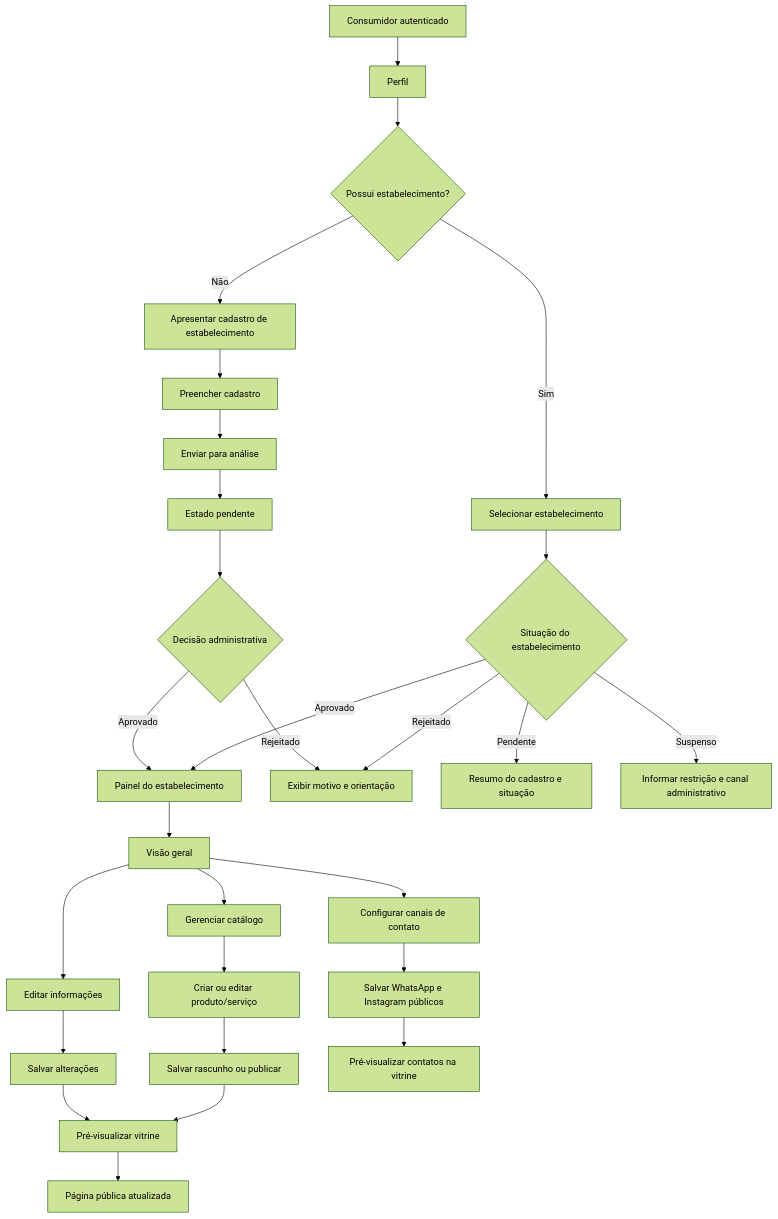
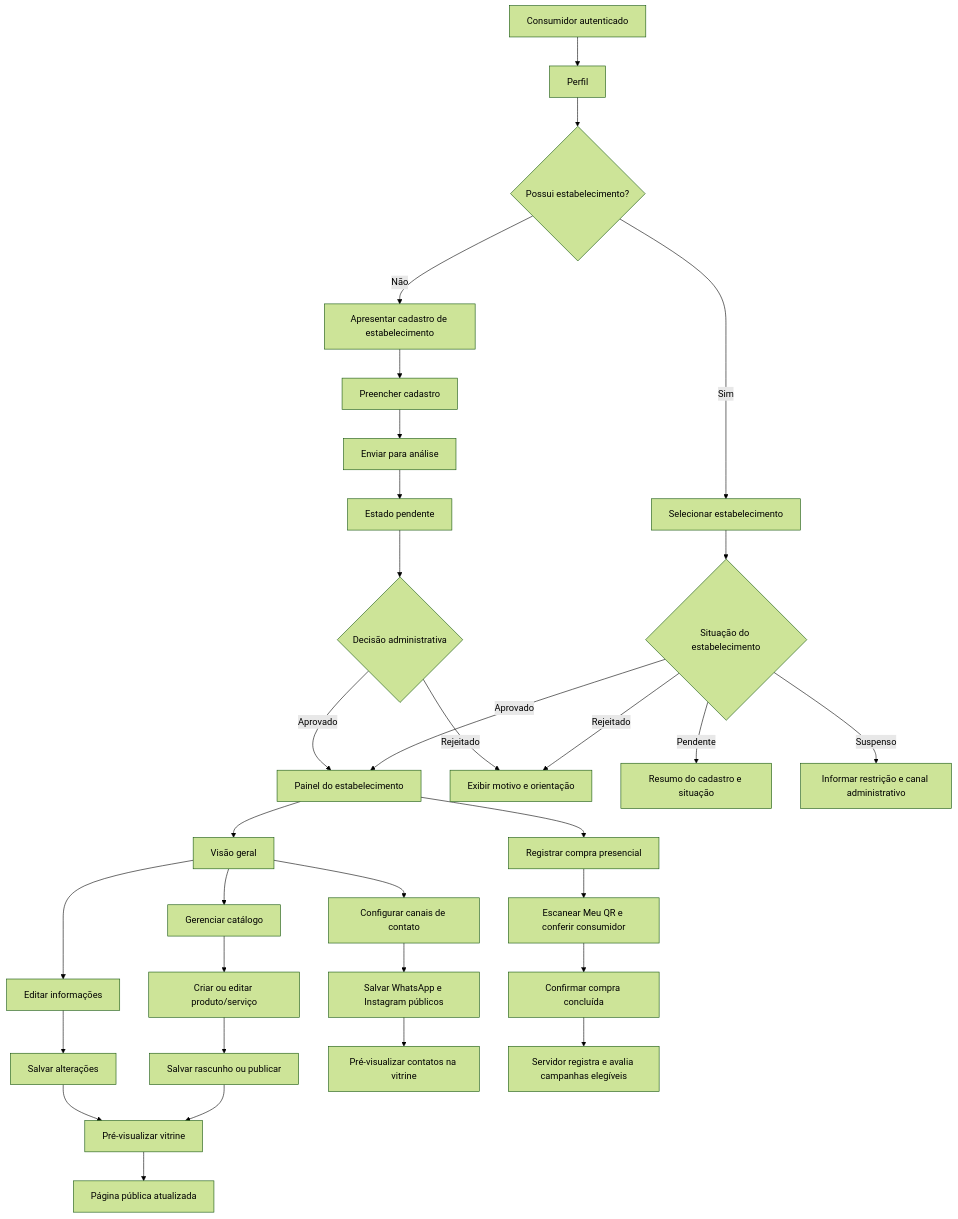
The diagram in docs/flows/OWNER_PANEL.md (CaioDGeraldi/inova-araras-19-11-2026), drawn with Mermaid (forest theme) before and after one commit. The commit also changed other lines of this file and 15 other files, not shown here.

````diff
--- a/docs/flows/OWNER_PANEL.md
+++ b/docs/flows/OWNER_PANEL.md
@@ -26,30 +26,34 @@
 ```mermaid
 flowchart TD
     A[Consumidor autenticado] --> B[Perfil]
     B --> C{Possui estabelecimento?}
     C -->|Não| D[Apresentar cadastro de estabelecimento]
     C -->|Sim| E[Selecionar estabelecimento]
     D --> F[Preencher cadastro]
     F --> G[Enviar para análise]
     G --> H[Estado pendente]
     H --> I{Decisão administrativa}
     I -->|Aprovado| J[Painel do estabelecimento]
     I -->|Rejeitado| K[Exibir motivo e orientação]
     E --> L{Situação do estabelecimento}
     L -->|Aprovado| J
     L -->|Pendente| M[Resumo do cadastro e situação]
     L -->|Rejeitado| K
     L -->|Suspenso| N[Informar restrição e canal administrativo]
     J --> O[Visão geral]
     O --> P[Editar informações]
     O --> Q[Gerenciar catálogo]
     O --> W[Configurar canais de contato]
     P --> R[Salvar alterações]
     Q --> S[Criar ou editar produto/serviço]
     S --> T[Salvar rascunho ou publicar]
     R --> U[Pré-visualizar vitrine]
     T --> U
     U --> V[Página pública atualizada]
     W --> X[Salvar WhatsApp e Instagram públicos]
     X --> Y[Pré-visualizar contatos na vitrine]
+    J --> Z[Registrar compra presencial]
+    Z --> ZA[Escanear Meu QR e conferir consumidor]
+    ZA --> ZB[Confirmar compra concluída]
+    ZB --> ZC[Servidor registra e avalia campanhas elegíveis]
 ```
````
